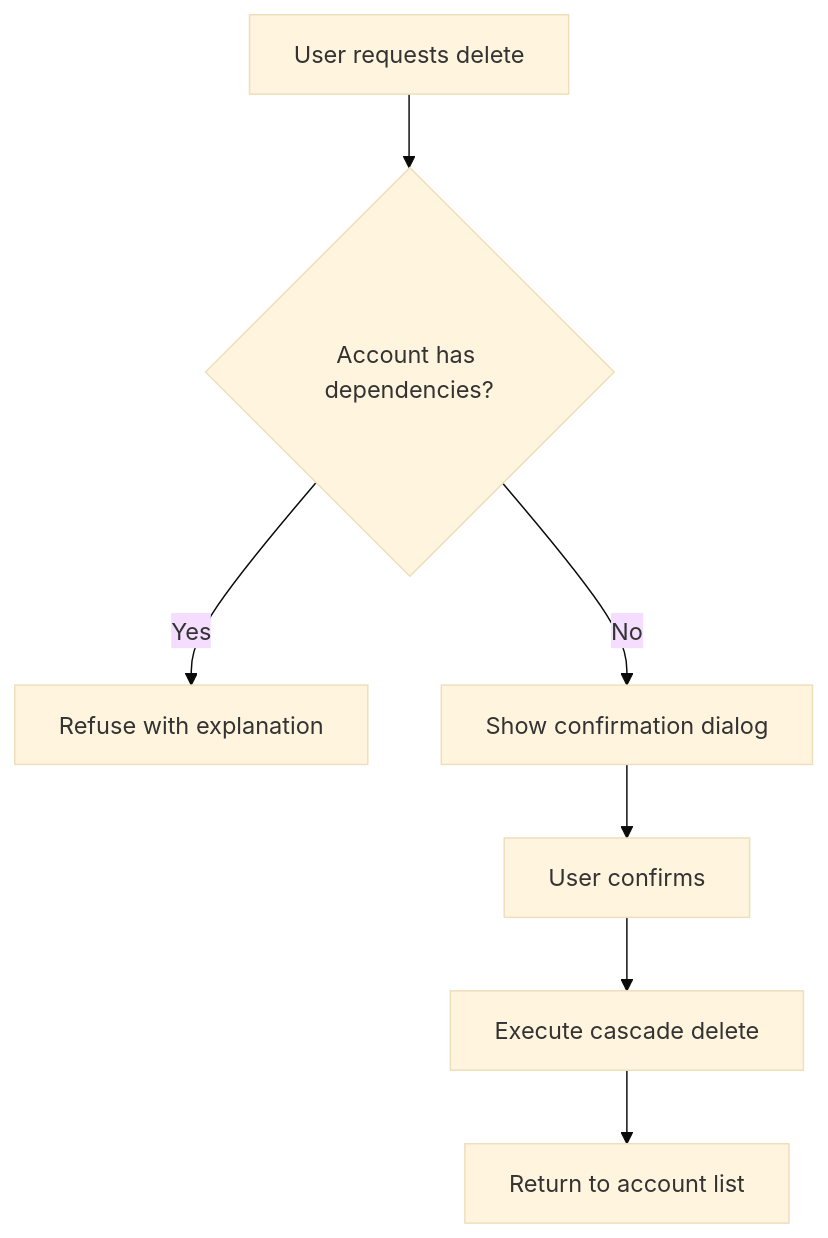
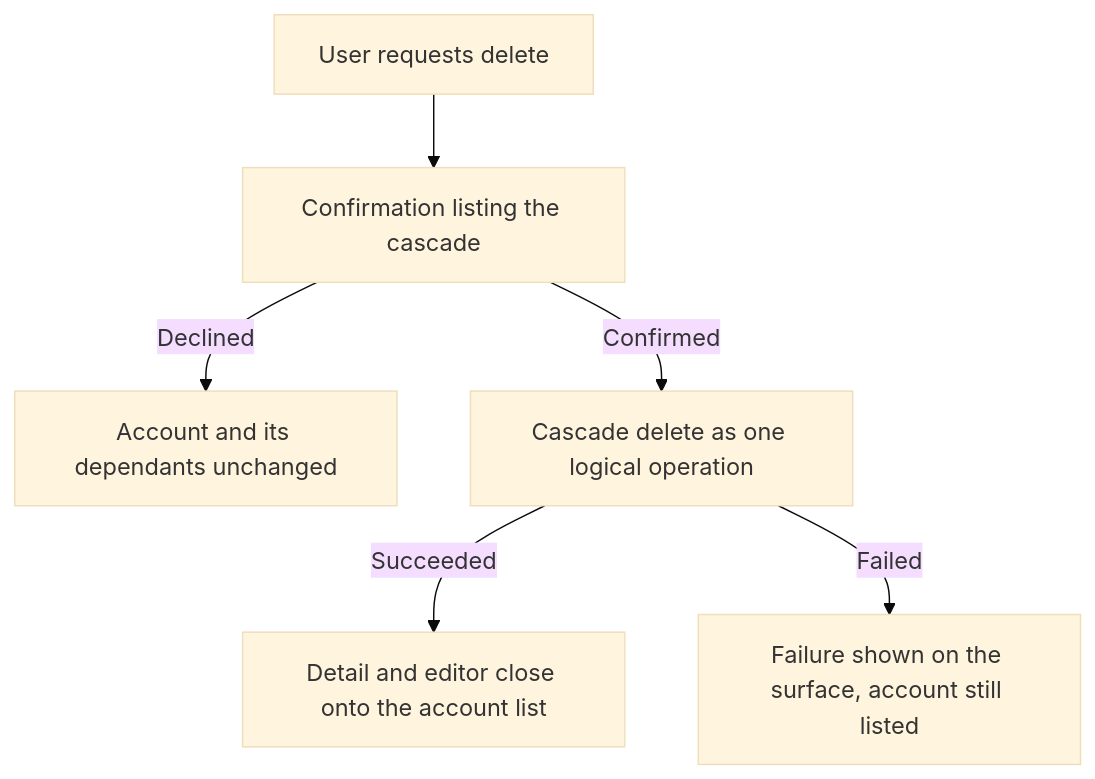
The fourth of 4 diagrams in openspec/changes/account-management-surfaces/specs/account-management/spec.md (gjchentw/mmex-pwa), drawn with Mermaid (base theme) before and after one commit. The commit also changed other lines of this file and 18 other files, not shown here.

````diff
--- a/openspec/changes/account-management-surfaces/specs/account-management/spec.md
+++ b/openspec/changes/account-management-surfaces/specs/account-management/spec.md
@@ -182,9 +284,8 @@
 ```mermaid
 flowchart TD
-    A[User requests delete] --> B{Account has dependencies?}
-    B -->|Yes| C[Refuse with explanation]
-    B -->|No| D[Show confirmation dialog]
-    D --> E[User confirms]
-    E --> F[Execute cascade delete]
-    F --> G[Return to account list]
+    A[User requests delete] --> B[Confirmation listing the cascade]
+    B -->|Declined| C[Account and its dependants unchanged]
+    B -->|Confirmed| D[Cascade delete as one logical operation]
+    D -->|Succeeded| E[Detail and editor close onto the account list]
+    D -->|Failed| F[Failure shown on the surface, account still listed]
 ```
````
